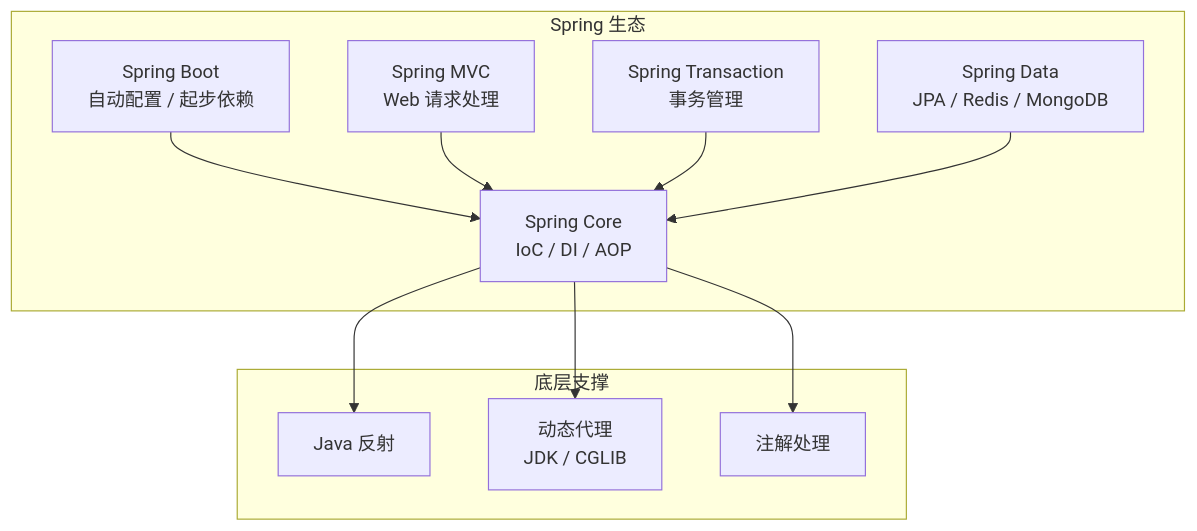
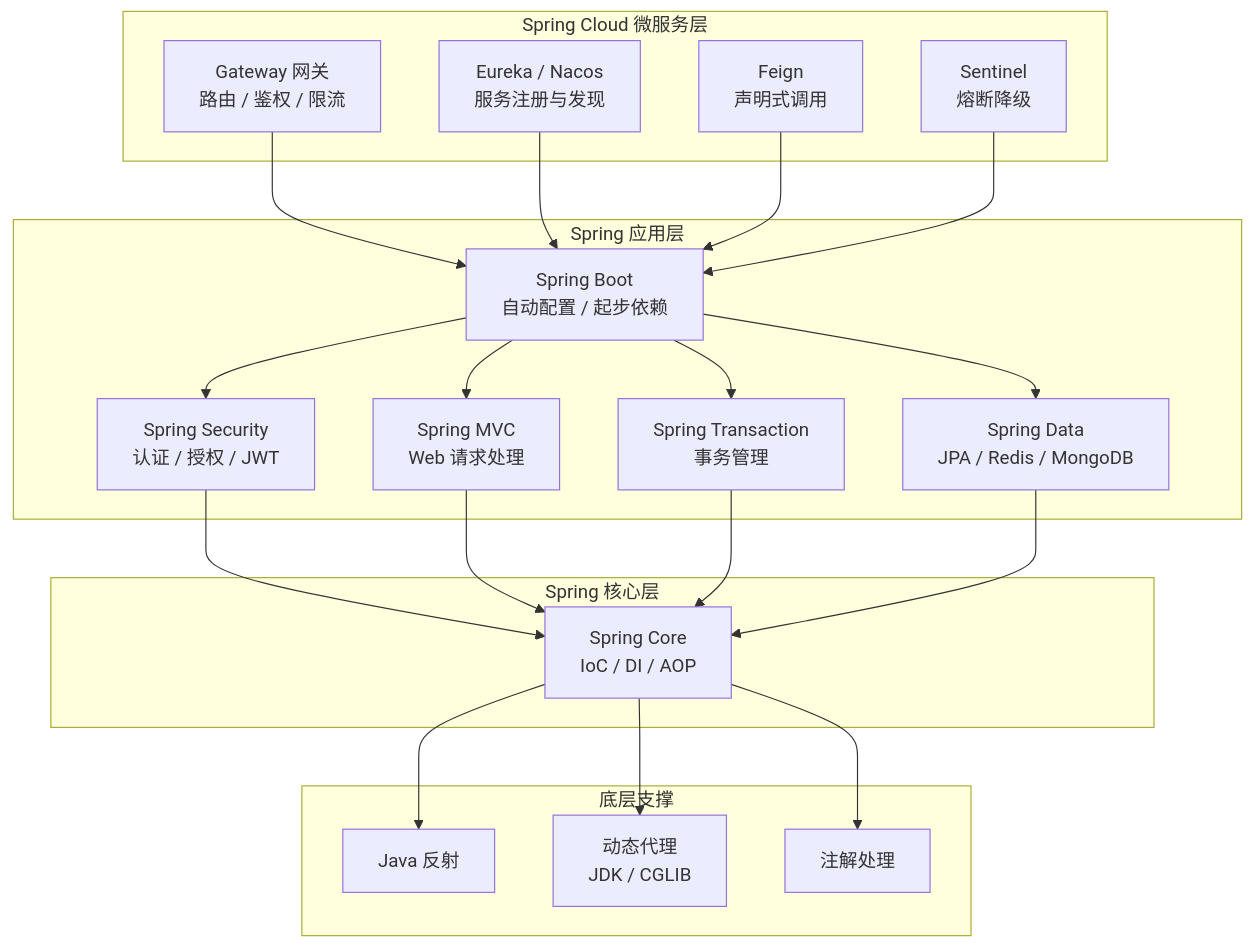
The second of 2 diagrams in 02-spring/00-spring-core.md (b1tzer/b1tzer.github.io), drawn with Mermaid before and after one commit. The commit also changed other lines of this file, not shown here.

Commit message:
refactor: 优化 spring-core 概览文件，补充架构图、高频速查、常见问题

````diff
--- a/02-spring/00-spring-core.md
+++ b/02-spring/00-spring-core.md
@@ -85,22 +85,28 @@
 ```mermaid
 flowchart TB
-    subgraph Spring 生态
+    subgraph Spring Cloud 微服务层
+        SGW[Gateway 网关<br/>路由 / 鉴权 / 限流]
+        SEU[Eureka / Nacos<br/>服务注册与发现]
+        SFG[Feign<br/>声明式调用]
+        SST[Sentinel<br/>熔断降级]
+    end
+    subgraph Spring 应用层
         SB[Spring Boot<br/>自动配置 / 起步依赖]
-        SC[Spring Core<br/>IoC / DI / AOP]
+        SSC[Spring Security<br/>认证 / 授权 / JWT]
         SM[Spring MVC<br/>Web 请求处理]
         ST[Spring Transaction<br/>事务管理]
         SD[Spring Data<br/>JPA / Redis / MongoDB]
     end
-    SB --> SC
-    SM --> SC
-    ST --> SC
-    SD --> SC
+    subgraph Spring 核心层
+        SC[Spring Core<br/>IoC / DI / AOP]
+    end
     subgraph 底层支撑
         Reflect[Java 反射]
         Proxy[动态代理<br/>JDK / CGLIB]
         ANN[注解处理]
     end
-    SC --> Reflect
-    SC --> Proxy
-    SC --> ANN
+    SGW & SEU & SFG & SST --> SB
+    SB --> SSC & SM & ST & SD
+    SSC & SM & ST & SD --> SC
+    SC --> Reflect & Proxy & ANN
 ```
````
